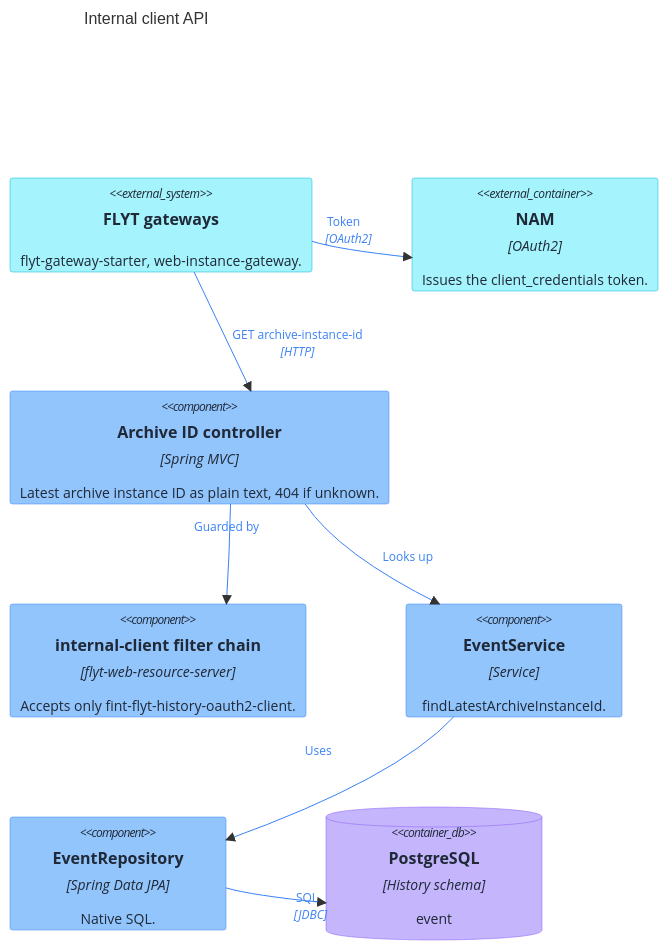
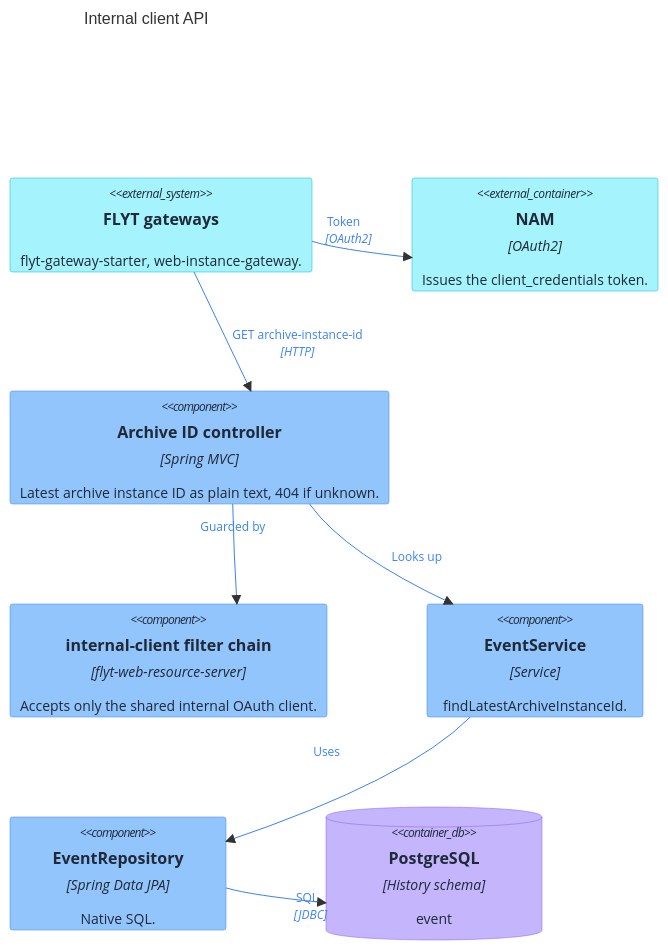
Before and after one commit to FINTLabs/fint-flyt-history-service: the fourth of 7 diagrams in docs/architecture.md, drawn with Mermaid. The commit also changed other lines of this file and 7 other files, not shown here.

First line of the commit message:
fix: accept the shared authorization client on the internal client API

````diff
--- a/docs/architecture.md
+++ b/docs/architecture.md
@@ -159,34 +161,34 @@
 ```mermaid
 C4Component
     title Internal client API
 
     System_Ext(gateways, "FLYT gateways", "flyt-gateway-starter, web-instance-gateway.")
     Container_Ext(idp, "NAM", "OAuth2", "Issues the client_credentials token.")
     Component(controller, "Archive ID controller", "Spring MVC", "Latest archive instance ID as plain text, 404 if unknown.")
-    Component(security, "internal-client filter chain", "flyt-web-resource-server", "Accepts only fint-flyt-history-oauth2-client.")
+    Component(security, "internal-client filter chain", "flyt-web-resource-server", "Accepts only the shared internal OAuth client.")
     Component(eventService, "EventService", "Service", "findLatestArchiveInstanceId.")
     Component(repository, "EventRepository", "Spring Data JPA", "Native SQL.")
     ContainerDb(db, "PostgreSQL", "History schema", "event")
 
     Rel(gateways, controller, "GET archive-instance-id", "HTTP")
     Rel(gateways, idp, "Token", "OAuth2")
     Rel(controller, security, "Guarded by")
     Rel(controller, eventService, "Looks up")
     Rel(eventService, repository, "Uses")
     Rel(repository, db, "SQL", "JDBC")
 
     UpdateRelStyle(gateways, controller, $textColor="#3B82F6", $lineColor="#3B82F6", $offsetX="10")
     UpdateRelStyle(gateways, idp, $textColor="#3B82F6", $lineColor="#3B82F6", $offsetX="-35", $offsetY="-30")
     UpdateRelStyle(controller, security, $textColor="#3B82F6", $lineColor="#3B82F6", $offsetX="-35", $offsetY="-30")
     UpdateRelStyle(controller, eventService, $textColor="#3B82F6", $lineColor="#3B82F6", $offsetX="10")
     UpdateRelStyle(eventService, repository, $textColor="#3B82F6", $lineColor="#3B82F6", $offsetX="-35", $offsetY="-30")
     UpdateRelStyle(repository, db, $textColor="#3B82F6", $lineColor="#3B82F6", $offsetX="20")
     UpdateElementStyle(controller, $bgColor="#93C5FD", $fontColor="#1F2937", $borderColor="#3B82F6")
     UpdateElementStyle(security, $bgColor="#93C5FD", $fontColor="#1F2937", $borderColor="#3B82F6")
     UpdateElementStyle(eventService, $bgColor="#93C5FD", $fontColor="#1F2937", $borderColor="#3B82F6")
     UpdateElementStyle(repository, $bgColor="#93C5FD", $fontColor="#1F2937", $borderColor="#3B82F6")
     UpdateElementStyle(db, $bgColor="#C4B5FD", $fontColor="#1F2937", $borderColor="#8B5CF6")
     UpdateElementStyle(gateways, $bgColor="#A5F3FC", $fontColor="#1F2937", $borderColor="#06B6D4")
     UpdateElementStyle(idp, $bgColor="#A5F3FC", $fontColor="#1F2937", $borderColor="#06B6D4")
     UpdateLayoutConfig($c4ShapeInRow="2", $c4BoundaryInRow="1")
 ```
````
